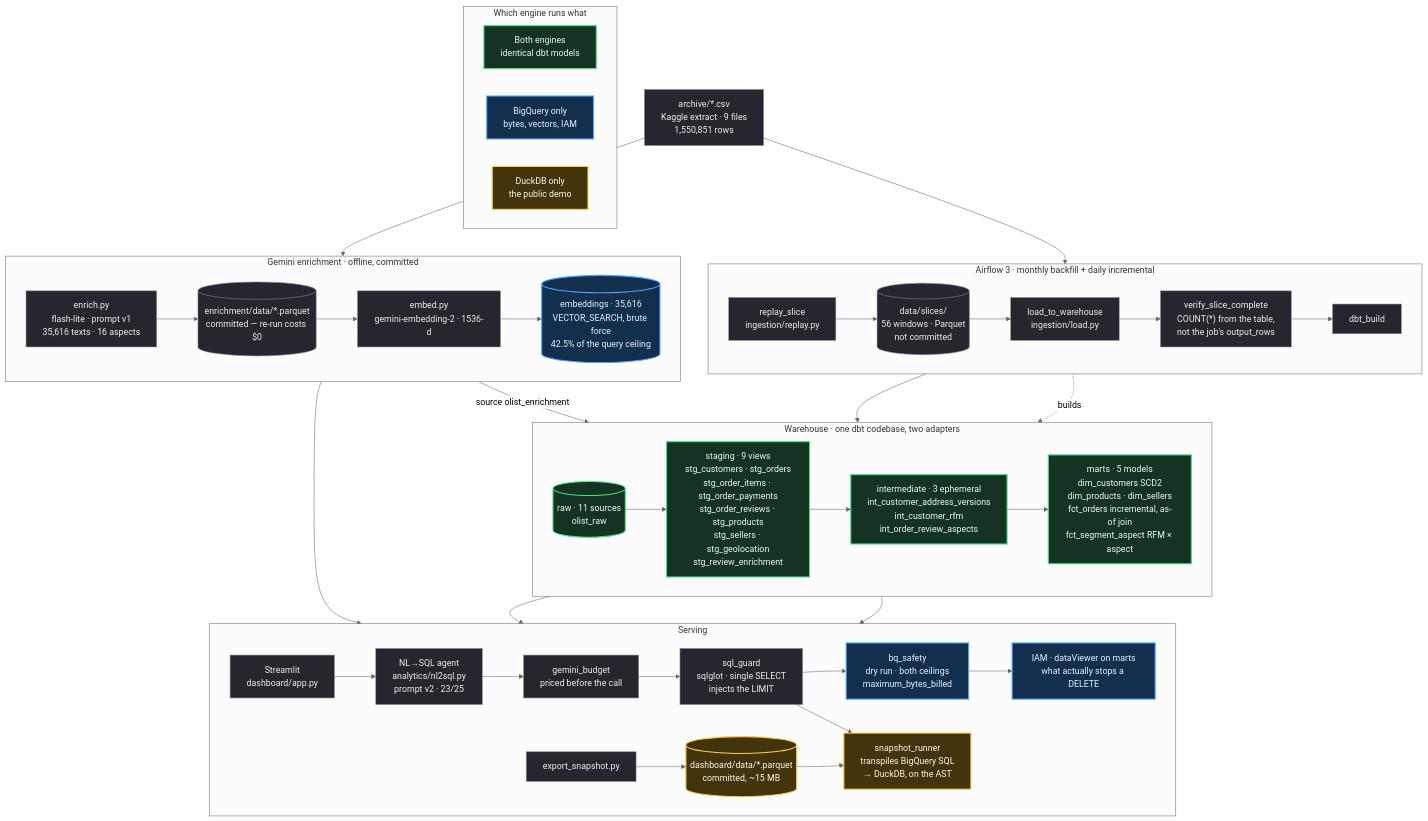
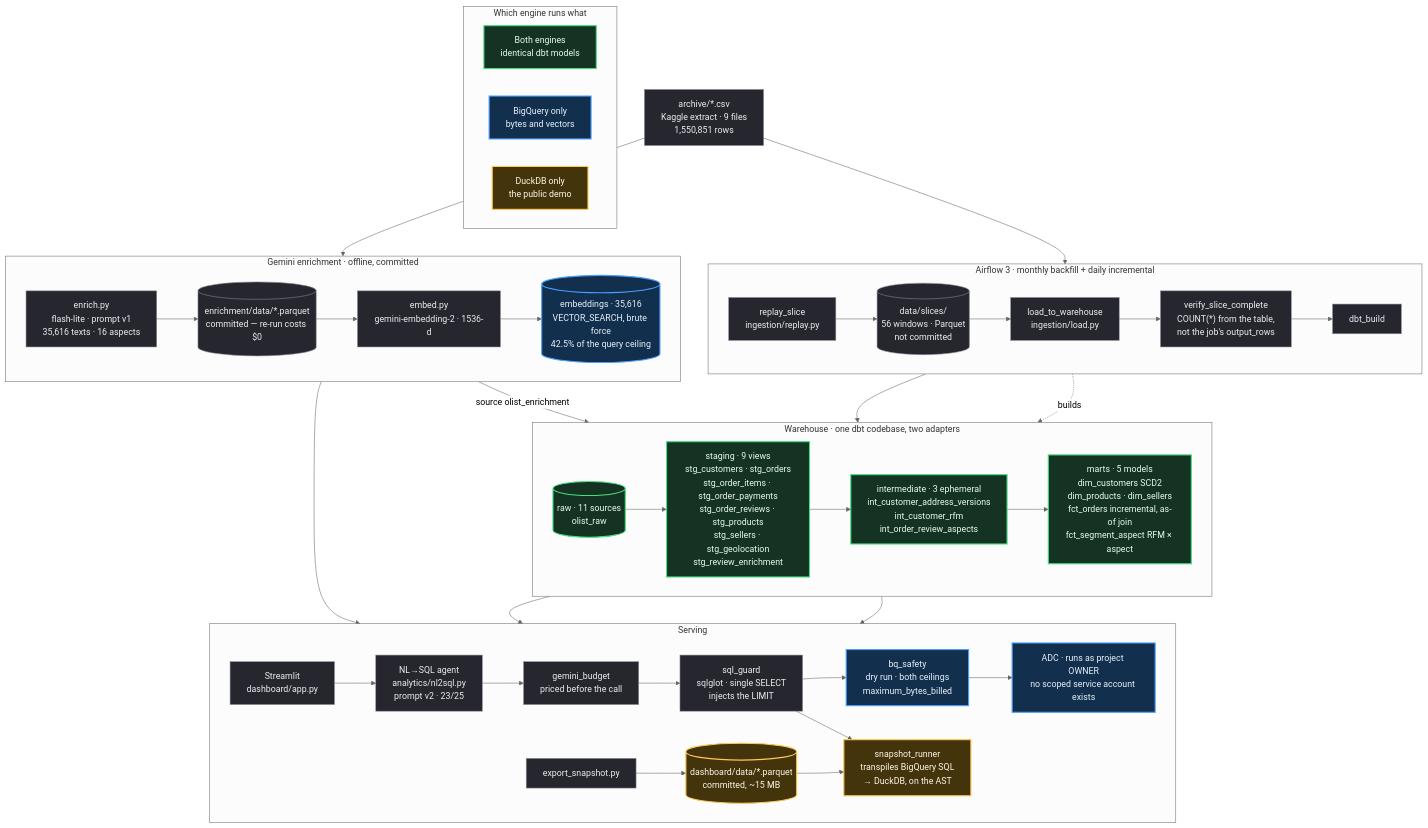
Before and after one commit to sardorbek-suyunov/olist-customer-intelligence: the diagram in docs/architecture.mmd, drawn with Mermaid (neutral theme). The commit also changed 13 other files, not shown here.

```diff
--- a/docs/architecture.mmd
+++ b/docs/architecture.mmd
@@ -1,102 +1,102 @@
 %% Olist Customer Intelligence -- architecture.
 
 %% THIS FILE IS THE SOURCE OF TRUTH FOR THE DIAGRAM.
 
 %% docs/img/architecture.svg is RENDERED from it by `make diagram`. If the two
 %% disagree, this one is right and the image is stale -- change this file first.
 
 %% Every dbt model and dataset named below is asserted to exist in the dbt
 %% manifest by analytics/tests/test_architecture_diagram.py, which runs in CI.
 %% A model renamed or dropped fails the build rather than leaving a picture
 %% quietly describing a pipeline that no longer exists. That check, and the fact
 %% that the image is generated from this file rather than drawn beside it, are
 %% the only reasons an image artifact is allowed in this repository.
 
 %% Detail belongs in the README, not in a node label. A diagram that tries to
 %% state every figure becomes a tall column of paragraphs nobody reads, which is
 %% what the first version of this was.
 
 %% NOTE: a line that is exactly "%%" breaks mermaid's comment stripper -- it eats
 %% the newline and glues the next line onto the marker. Leave blank lines blank.
 
 flowchart TB
 
   CSV["archive/*.csv<br/>Kaggle extract · 9 files<br/>1,550,851 rows"]
 
   subgraph AF["Airflow 3 · monthly backfill + daily incremental"]
     direction LR
     REPLAY["replay_slice<br/>ingestion/replay.py"]
     SLICES[("data/slices/<br/>56 windows · Parquet<br/>not committed")]
     LOAD["load_to_warehouse<br/>ingestion/load.py"]
     VERIFY["verify_slice_complete<br/>COUNT(*) from the table,<br/>not the job's output_rows"]
     DBTRUN["dbt_build"]
 
     REPLAY --> SLICES --> LOAD --> VERIFY --> DBTRUN
   end
 
   subgraph WH["Warehouse · one dbt codebase, two adapters"]
     direction LR
     RAW[("raw · 11 sources<br/>olist_raw")]
     STG["staging · 9 views<br/>stg_customers · stg_orders<br/>stg_order_items · stg_order_payments<br/>stg_order_reviews · stg_products<br/>stg_sellers · stg_geolocation<br/>stg_review_enrichment"]
     INT["intermediate · 3 ephemeral<br/>int_customer_address_versions<br/>int_customer_rfm<br/>int_order_review_aspects"]
     MARTS["marts · 5 models<br/>dim_customers SCD2<br/>dim_products · dim_sellers<br/>fct_orders incremental, as-of join<br/>fct_segment_aspect RFM × aspect"]
 
     RAW --> STG --> INT --> MARTS
   end
 
   subgraph ENR["Gemini enrichment · offline, committed"]
     direction LR
     LABEL["enrich.py<br/>flash-lite · prompt v1<br/>35,616 texts · 16 aspects"]
     LABELS[("enrichment/data/*.parquet<br/>committed — re-run costs $0")]
     EMBED["embed.py<br/>gemini-embedding-2 · 1536-d"]
     VEC[("embeddings · 35,616<br/>VECTOR_SEARCH, brute force<br/>42.5% of the query ceiling")]
 
     LABEL --> LABELS --> EMBED --> VEC
   end
 
   subgraph SERVE["Serving"]
     direction LR
     SNAP["export_snapshot.py"]
     PARQ[("dashboard/data/*.parquet<br/>committed, ~15 MB")]
     APP["Streamlit<br/>dashboard/app.py"]
     AGENT["NL→SQL agent<br/>analytics/nl2sql.py<br/>prompt v2 · 23/25"]
     BUDGET["gemini_budget<br/>priced before the call"]
     GUARD["sql_guard<br/>sqlglot · single SELECT<br/>injects the LIMIT"]
     SAFE["bq_safety<br/>dry run · both ceilings<br/>maximum_bytes_billed"]
     TRANS["snapshot_runner<br/>transpiles BigQuery SQL<br/>→ DuckDB, on the AST"]
-    IAM["IAM · dataViewer on marts<br/>what actually stops a DELETE"]
+    ADC["ADC · runs as project OWNER<br/>no scoped service account exists"]
 
     APP --> AGENT --> BUDGET --> GUARD
-    GUARD --> SAFE --> IAM
+    GUARD --> SAFE --> ADC
     GUARD --> TRANS
   end
 
   CSV --> REPLAY
   LOAD --> RAW
   DBTRUN -.->|builds| RAW
   LABELS -->|"source olist_enrichment"| STG
   MARTS --> SNAP --> PARQ --> TRANS
   CSV --> LABEL
   MARTS --> SAFE
   VEC --> SAFE
 
   classDef bq      fill:#12304d,stroke:#4a9eff,stroke-width:2px,color:#e8f1fb
   classDef duck    fill:#43340c,stroke:#ffc857,stroke-width:2px,color:#fff8e7
   classDef both    fill:#153322,stroke:#4ade80,stroke-width:2px,color:#e9fbf0
   classDef neutral fill:#26262e,stroke:#8b8b9a,stroke-width:1px,color:#ececf2
 
   class RAW,STG,INT,MARTS both
-  class VEC,SAFE,IAM bq
+  class VEC,SAFE,ADC bq
   class PARQ,TRANS duck
   class CSV,REPLAY,SLICES,LOAD,VERIFY,DBTRUN,LABEL,LABELS,EMBED,SNAP,APP,AGENT,GUARD,BUDGET neutral
 
   subgraph KEY["Which engine runs what"]
     direction LR
     K1["Both engines<br/>identical dbt models"]
-    K2["BigQuery only<br/>bytes, vectors, IAM"]
+    K2["BigQuery only<br/>bytes and vectors"]
     K3["DuckDB only<br/>the public demo"]
   end
 
   class K1 both
   class K2 bq
   class K3 duck
```
